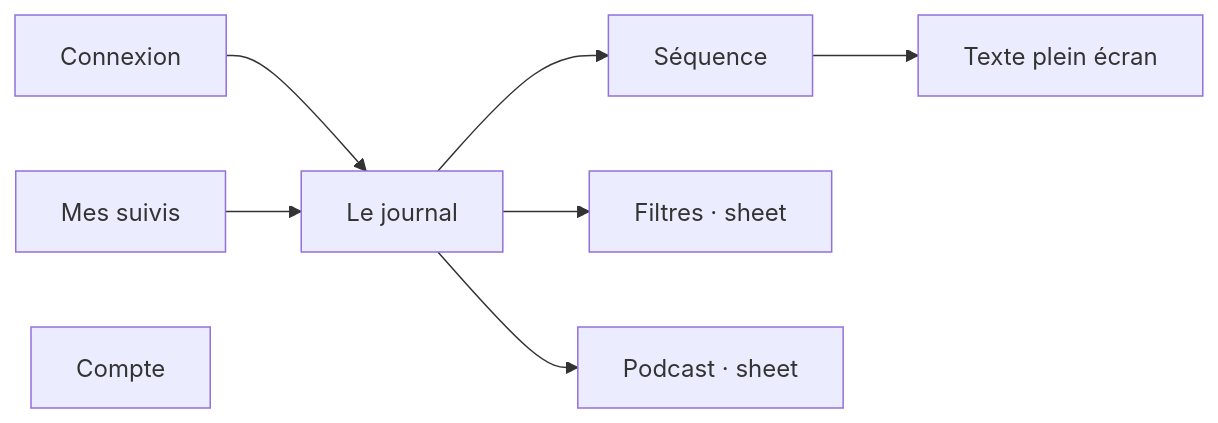
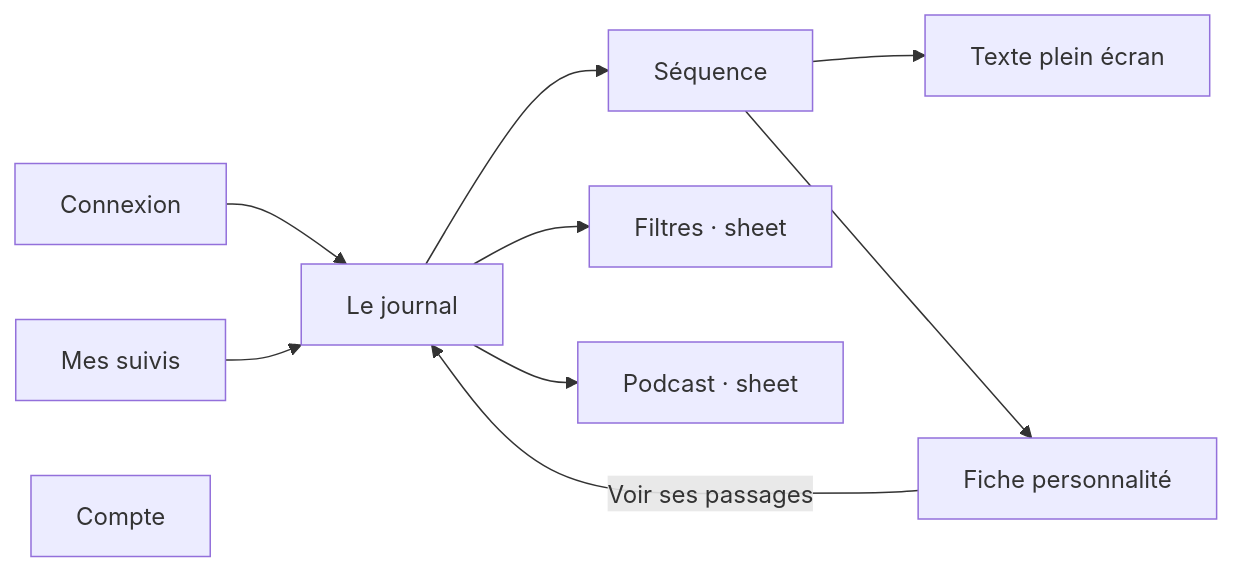
The diagram in aidd_docs/memory/navigation.md (sutter/infometrie-ios-app), drawn with Mermaid before and after one commit. The commit also changed other lines of this file and 13 other files, not shown here.

Commit message:
feat(feed): add a person profile page from the passage speaker

````diff
--- a/aidd_docs/memory/navigation.md
+++ b/aidd_docs/memory/navigation.md
@@ -14,10 +15,12 @@
 ```mermaid
 flowchart LR
     Login["Connexion"] --> Feed["Le journal"]
     Feed --> Sequence["Séquence"]
     Sequence --> Fullscreen["Texte plein écran"]
+    Sequence --> Person["Fiche personnalité"]
+    Person -->|Voir ses passages| Feed
     Feed --> Filters["Filtres · sheet"]
     Feed --> Podcast["Podcast · sheet"]
     Saved["Mes suivis"] --> Feed
     Account["Compte"]
 ```
````
